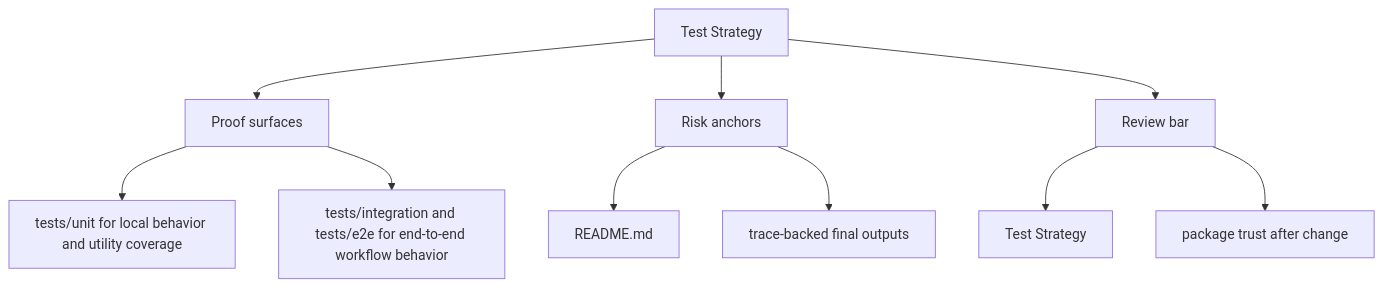
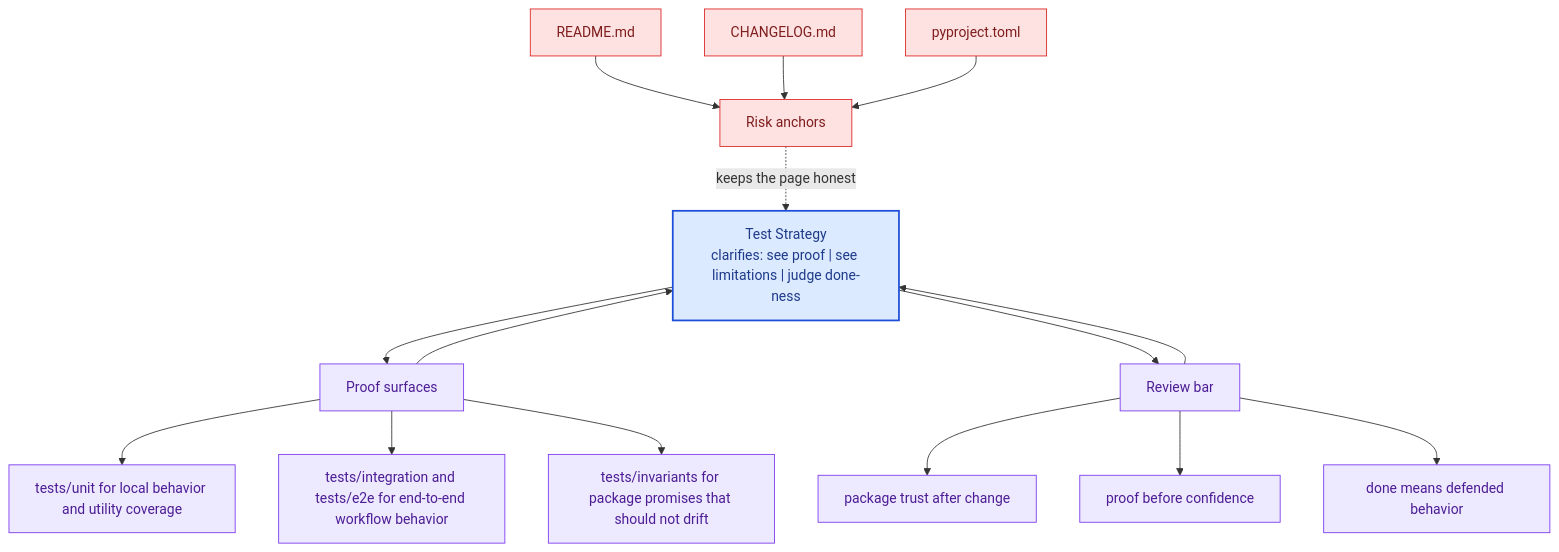
One commit to bijux/bijux-canon changed the second of 2 diagrams in docs/bijux-canon-agent/quality/test-strategy.md. Above: the diagram before and after it, drawn with Mermaid. The commit also changed other lines of this file and 281 other files, not shown here.

Commit message:
docs(diagrams): deepen handbook mermaid maps across the catalog

````diff
--- a/docs/bijux-canon-agent/quality/test-strategy.md
+++ b/docs/bijux-canon-agent/quality/test-strategy.md
@@ -34,22 +67,41 @@
 ```mermaid
-flowchart TD
-    page["Test Strategy"]
+flowchart TB
+    promise["Test Strategy<br/>clarifies: see proof | see limitations | judge done-ness"]
+    classDef promise fill:#dbeafe,stroke:#1d4ed8,color:#1e3a8a,stroke-width:2px;
+    classDef driver fill:#dcfce7,stroke:#16a34a,color:#14532d;
+    classDef constraint fill:#fee2e2,stroke:#dc2626,color:#7f1d1d;
+    classDef ground fill:#ede9fe,stroke:#7c3aed,color:#4c1d95;
     focus1["Proof surfaces"]
-    page --> focus1
+    focus1 --> promise
+    promise --> focus1
     focus1_1["tests/unit for local behavior and utility coverage"]
     focus1 --> focus1_1
     focus1_2["tests/integration and tests/e2e for end-to-end workflow behavior"]
     focus1 --> focus1_2
+    focus1_3["tests/invariants for package promises that should not drift"]
+    focus1 --> focus1_3
+    class focus1 ground;
+    class focus1_1,focus1_2,focus1_3 ground;
     focus2["Risk anchors"]
-    page --> focus2
+    focus2 -.keeps the page honest.-> promise
     focus2_1["README.md"]
-    focus2 --> focus2_1
-    focus2_2["trace-backed final outputs"]
-    focus2 --> focus2_2
+    focus2_1 --> focus2
+    focus2_2["CHANGELOG.md"]
+    focus2_2 --> focus2
+    focus2_3["pyproject.toml"]
+    focus2_3 --> focus2
+    class focus2 constraint;
+    class focus2_1,focus2_2,focus2_3 constraint;
     focus3["Review bar"]
-    page --> focus3
-    focus3_1["Test Strategy"]
+    focus3 --> promise
+    promise --> focus3
+    focus3_1["package trust after change"]
     focus3 --> focus3_1
-    focus3_2["package trust after change"]
+    focus3_2["proof before confidence"]
     focus3 --> focus3_2
+    focus3_3["done means defended behavior"]
+    focus3 --> focus3_3
+    class focus3 ground;
+    class focus3_1,focus3_2,focus3_3 ground;
+    class promise promise;
 ```
````
